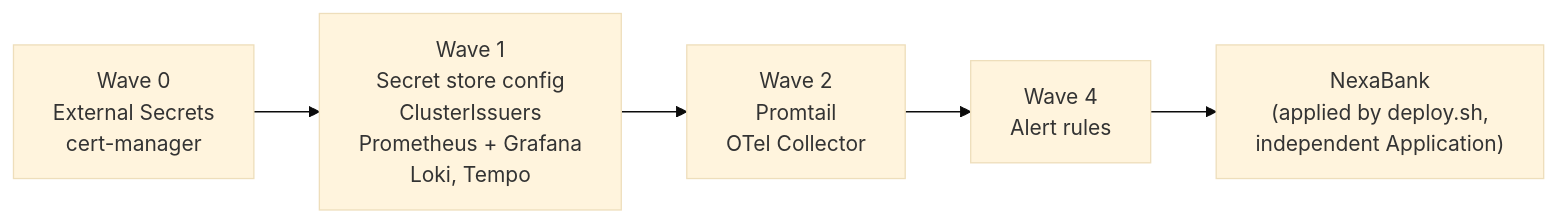
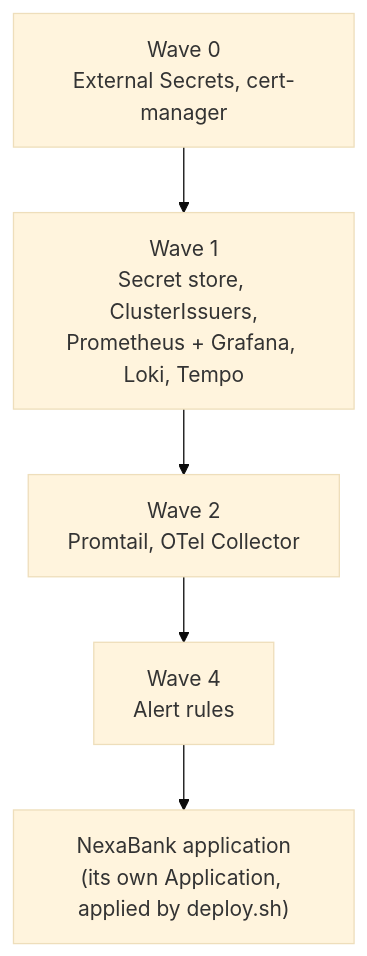
One commit to shashankcodes-10/NexaBank changed the fifth of 8 diagrams in README.md. Above: the diagram before and after it, drawn with Mermaid (base theme). The commit also changed other lines of this file and 7 other files, not shown here.

Commit message:
docs: readable diagrams and application screenshots in the README

````diff
--- a/README.md
+++ b/README.md
@@ -208,7 +243,9 @@
 ```mermaid
-flowchart LR
-    w0["Wave 0<br/>External Secrets<br/>cert-manager"] --> w1["Wave 1<br/>Secret store config<br/>ClusterIssuers<br/>Prometheus + Grafana<br/>Loki, Tempo"]
-    w1 --> w2["Wave 2<br/>Promtail<br/>OTel Collector"]
-    w2 --> w4["Wave 4<br/>Alert rules"]
-    w4 --> app["NexaBank<br/>(applied by deploy.sh,<br/>independent Application)"]
+flowchart TB
+    w0["Wave 0<br/>External Secrets, cert-manager"]
+    w1["Wave 1<br/>Secret store, ClusterIssuers,<br/>Prometheus + Grafana, Loki, Tempo"]
+    w2["Wave 2<br/>Promtail, OTel Collector"]
+    w4["Wave 4<br/>Alert rules"]
+    app["NexaBank application<br/>(its own Application, applied by deploy.sh)"]
+    w0 --> w1 --> w2 --> w4 --> app
 ```
````
